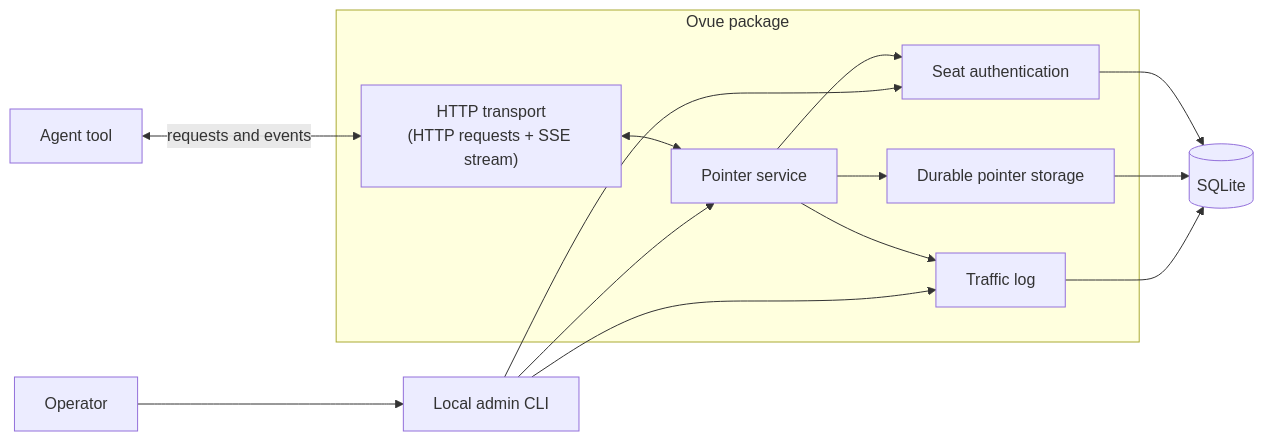
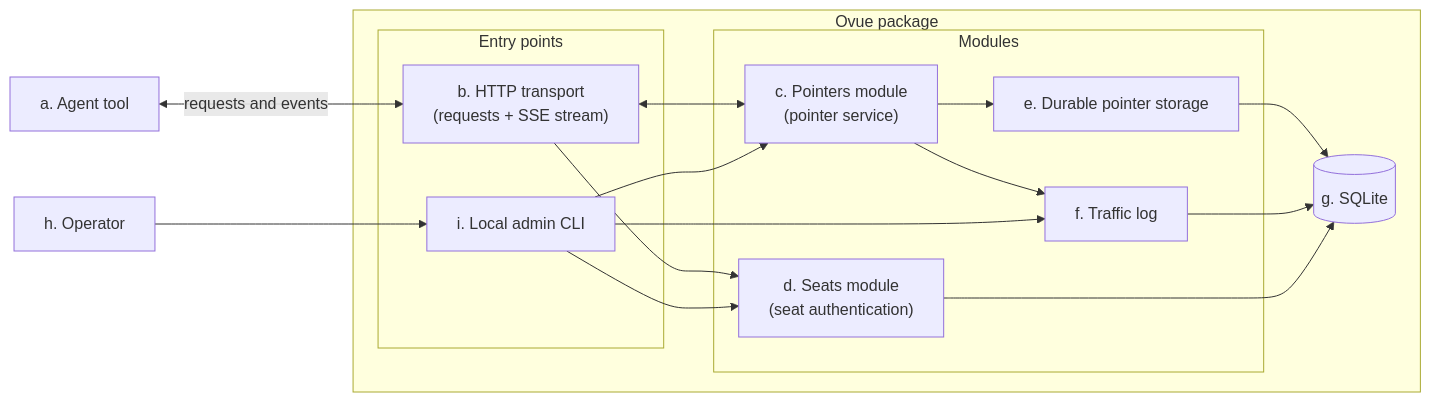
One commit to afroguy16/ovue changed the first of 2 diagrams in spec.md. Above: the diagram before and after it, drawn with Mermaid. The commit also changed other lines of this file and 1 other file, not shown here.

Commit message:
docs(pointers): add module spec and diagram

````diff
--- a/spec.md
+++ b/spec.md
@@ -51,23 +53,31 @@
 ```mermaid
 flowchart LR
-    subgraph Message["Ovue package"]
-        HTTP["HTTP transport<br/>(HTTP requests + SSE stream)"]
-        Service[Pointer service]
-        Auth[Seat authentication]
-        Service --> Auth
-        Service --> Store[Durable pointer storage]
-        Service --> Log[Traffic log]
+    subgraph Ovue["Ovue package"]
+        subgraph Entry["Entry points"]
+            HTTP["b. HTTP transport<br/>(requests + SSE stream)"]
+            Admin["i. Local admin CLI"]
+        end
 
-        HTTP <--> Service
+        subgraph Modules["Modules"]
+            Pointer["c. Pointers module<br/>(pointer service)"]
+            Auth["d. Seats module<br/>(seat authentication)"]
+            Store["e. Durable pointer storage"]
+            Log["f. Traffic log"]
+            Pointer --> Store
+            Pointer --> Log
+        end
+
+        SQLite[("g. SQLite")]
+        Store --> SQLite
+        Log --> SQLite
+        Auth --> SQLite
     end
 
-    Agent[Agent tool] <--> |requests and events| HTTP
-    Operator[Operator] --> Admin[Local admin CLI]
-    Admin --> Service
+    Agent["a. Agent tool"] <--> |requests and events| HTTP
+    Operator["h. Operator"] --> Admin
+    HTTP <--> Pointer
+    HTTP --> Auth
+    Admin --> Pointer
     Admin --> Auth
     Admin --> Log
-    SQLite[(SQLite)]
-    Auth --> SQLite
-    Store --> SQLite
-    Log --> SQLite
 ```
````
